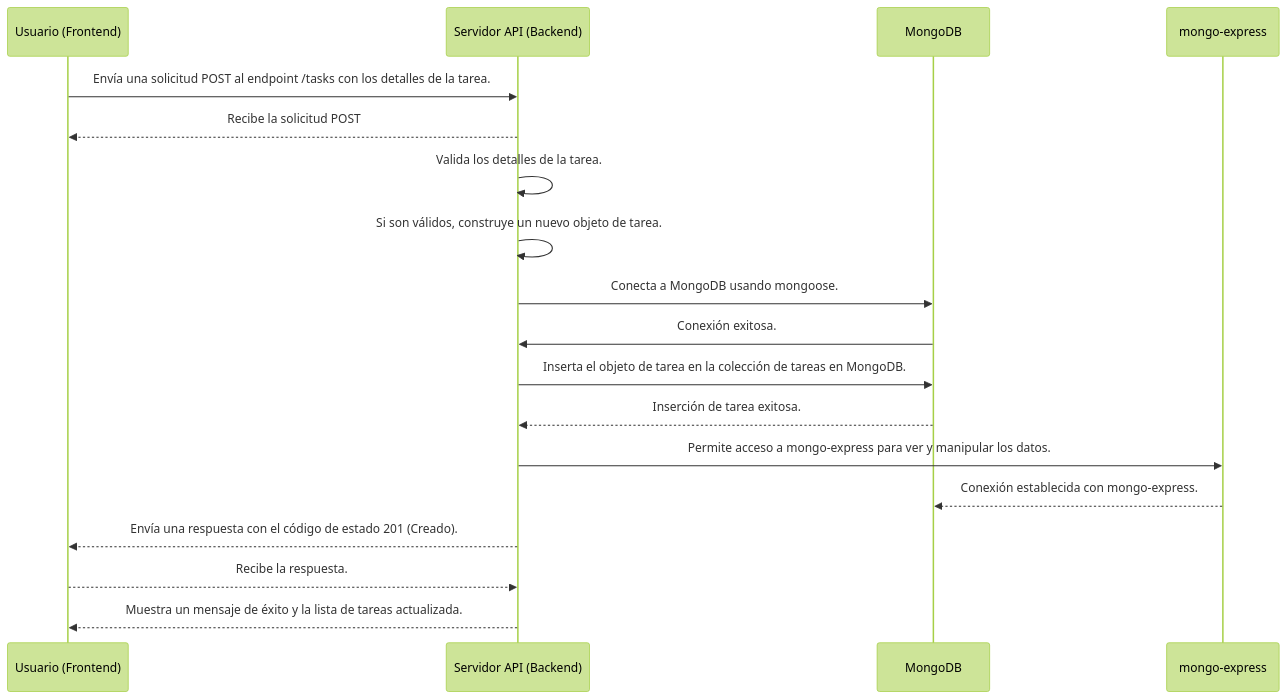
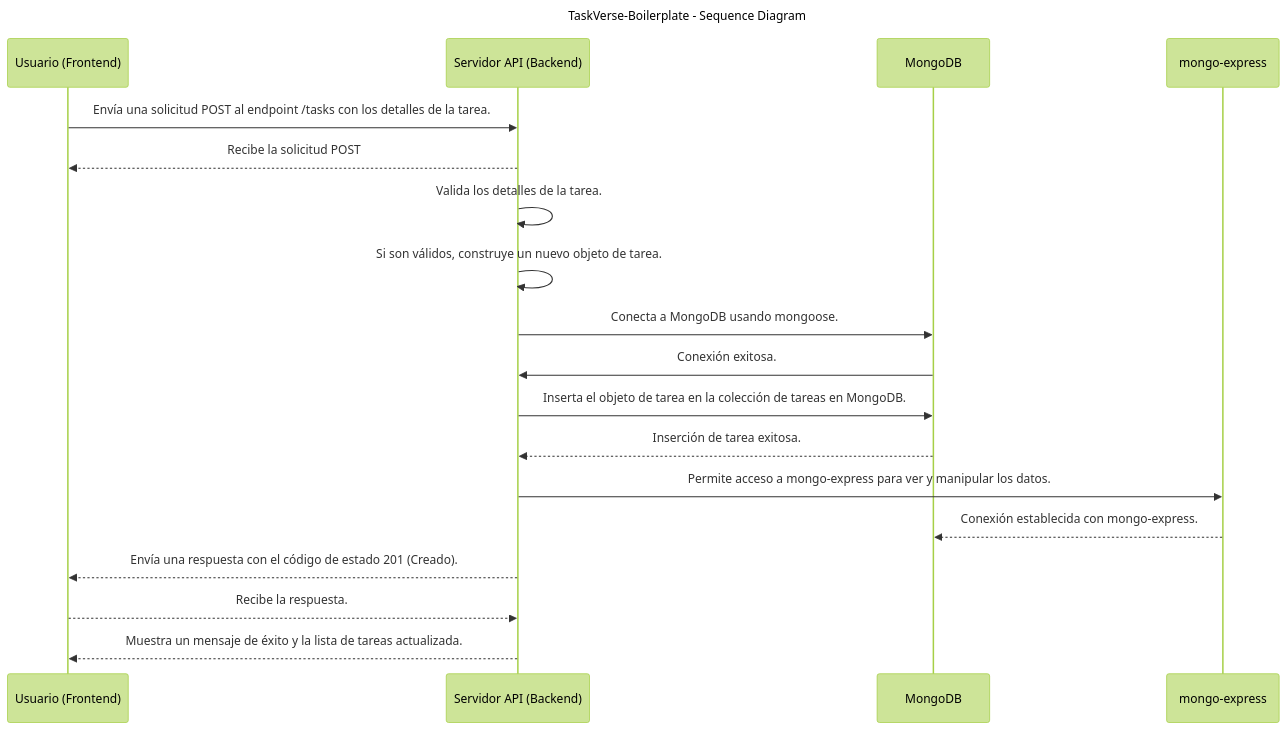
The diagram in README.md (clvsick/TaskVerse-Boilerplate), drawn with Mermaid (forest theme) before and after one commit. The commit also changed other lines of this file, not shown here.

````diff
--- a/README.md
+++ b/README.md
@@ -16,26 +14,27 @@
 ```mermaid
 sequenceDiagram
+    title TaskVerse-Boilerplate - Sequence Diagram
 
     participant Usuario as Usuario (Frontend)
     participant API as Servidor API (Backend)
     participant MongoDB as MongoDB
     participant MongoExpress as mongo-express
 
     Usuario ->> API: Envía una solicitud POST al endpoint /tasks con los detalles de la tarea.
     API -->> Usuario: Recibe la solicitud POST
 
     API ->> API: Valida los detalles de la tarea.
     API ->> API: Si son válidos, construye un nuevo objeto de tarea.
     API ->> MongoDB: Conecta a MongoDB usando mongoose.
     MongoDB ->> API: Conexión exitosa.
     API ->> MongoDB: Inserta el objeto de tarea en la colección de tareas en MongoDB.
     MongoDB -->> API: Inserción de tarea exitosa.
 
     API ->> MongoExpress: Permite acceso a mongo-express para ver y manipular los datos.
     MongoExpress -->> MongoDB: Conexión establecida con mongo-express.
 
     API -->> Usuario: Envía una respuesta con el código de estado 201 (Creado).
 
     Usuario -->> API: Recibe la respuesta.
     API -->> Usuario: Muestra un mensaje de éxito y la lista de tareas actualizada.
 ```
````
